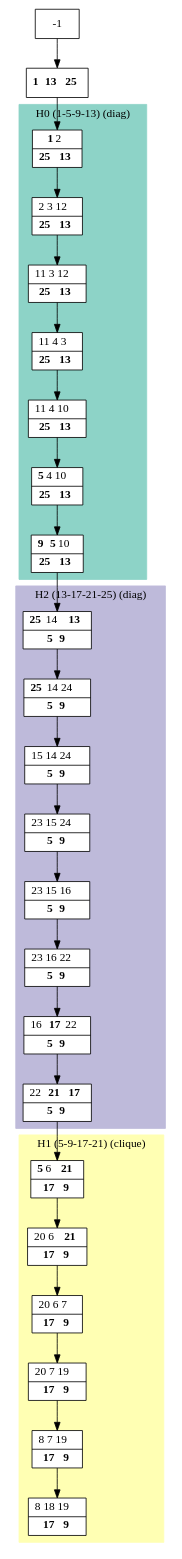
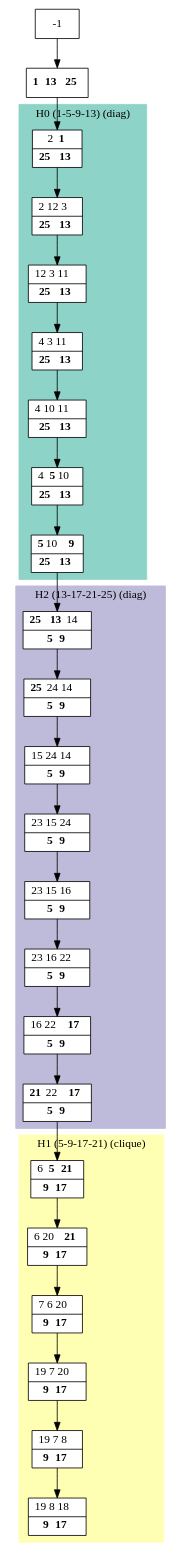
Before and after one commit to bmarchand/auto-dp: the diagram in results/dot_files/processed_K.dot, drawn with Graphviz. The commit also changed 56 other files, not shown here.

```diff
--- a/results/dot_files/processed_K.dot
+++ b/results/dot_files/processed_K.dot
@@ -1,53 +1,53 @@
 digraph G {
     node [shape=box];
     subgraph cluster0 {
         node [style=filled,fillcolor=white];
         labeljust="l";
         style=filled;
         color="#8DD3C7";
         H0_0 -> H0_1 -> H0_3 -> H0_4 -> H0_5 -> H0_6 -> H0_7;
         label="H0 (1-5-9-13) (diag)";
     }
     subgraph cluster1 {
         node [style=filled,fillcolor=white];
         labeljust="l";
         style=filled;
         color="#FFFFB3";
         H1_0 -> H1_1 -> H1_2 -> H1_3 -> H1_4 -> H1_5;
         label="H1 (5-9-17-21) (clique)";
     }
     subgraph cluster2 {
         node [style=filled,fillcolor=white];
         labeljust="l";
         style=filled;
         color="#BEBADA";
         H2_0 -> H2_1 -> H2_2 -> H2_3 -> H2_4 -> H2_5 -> H2_6 -> H2_7;
         label="H2 (13-17-21-25) (diag)";
     }
      1 [shape=record,label= <{ <b>1</b> <b>13</b> <b>25</b>}> ];
      -1  ->  1;
-     H0_0 [shape=record,label= <{ <b>1</b> 2|  <b>25</b> <b>13</b>}> ];
+     H0_0 [shape=record,label= <{ 2 <b>1</b>|  <b>25</b> <b>13</b>}> ];
      1  ->  H0_0;
-     H0_1 [shape=record,label= <{ 2 3 12|  <b>25</b> <b>13</b>}> ];
-     H0_3 [shape=record,label= <{ 11 3 12|  <b>25</b> <b>13</b>}> ];
-     H0_4 [shape=record,label= <{ 11 4 3|  <b>25</b> <b>13</b>}> ];
-     H0_5 [shape=record,label= <{ 11 4 10|  <b>25</b> <b>13</b>}> ];
-     H0_6 [shape=record,label= <{ <b>5</b> 4 10|  <b>25</b> <b>13</b>}> ];
-     H0_7 [shape=record,label= <{ <b>9</b> <b>5</b> 10|  <b>25</b> <b>13</b>}> ];
-     H2_0 [shape=record,label= <{ <b>25</b> 14 <b>13</b>|  <b>5</b> <b>9</b>}> ];
+     H0_1 [shape=record,label= <{ 2 12 3|  <b>25</b> <b>13</b>}> ];
+     H0_3 [shape=record,label= <{ 12 3 11|  <b>25</b> <b>13</b>}> ];
+     H0_4 [shape=record,label= <{ 4 3 11|  <b>25</b> <b>13</b>}> ];
+     H0_5 [shape=record,label= <{ 4 10 11|  <b>25</b> <b>13</b>}> ];
+     H0_6 [shape=record,label= <{ 4 <b>5</b> 10|  <b>25</b> <b>13</b>}> ];
+     H0_7 [shape=record,label= <{ <b>5</b> 10 <b>9</b>|  <b>25</b> <b>13</b>}> ];
+     H2_0 [shape=record,label= <{ <b>25</b> <b>13</b> 14|  <b>5</b> <b>9</b>}> ];
      H0_7  ->  H2_0;
-     H2_1 [shape=record,label= <{ <b>25</b> 14 24|  <b>5</b> <b>9</b>}> ];
-     H2_2 [shape=record,label= <{ 15 14 24|  <b>5</b> <b>9</b>}> ];
+     H2_1 [shape=record,label= <{ <b>25</b> 24 14|  <b>5</b> <b>9</b>}> ];
+     H2_2 [shape=record,label= <{ 15 24 14|  <b>5</b> <b>9</b>}> ];
      H2_3 [shape=record,label= <{ 23 15 24|  <b>5</b> <b>9</b>}> ];
      H2_4 [shape=record,label= <{ 23 15 16|  <b>5</b> <b>9</b>}> ];
      H2_5 [shape=record,label= <{ 23 16 22|  <b>5</b> <b>9</b>}> ];
-     H2_6 [shape=record,label= <{ 16 <b>17</b> 22|  <b>5</b> <b>9</b>}> ];
-     H2_7 [shape=record,label= <{ 22 <b>21</b> <b>17</b>|  <b>5</b> <b>9</b>}> ];
-     H1_0 [shape=record,label= <{ <b>5</b> 6 <b>21</b>|  <b>17</b> <b>9</b>}> ];
+     H2_6 [shape=record,label= <{ 16 22 <b>17</b>|  <b>5</b> <b>9</b>}> ];
+     H2_7 [shape=record,label= <{ <b>21</b> 22 <b>17</b>|  <b>5</b> <b>9</b>}> ];
+     H1_0 [shape=record,label= <{ 6 <b>5</b> <b>21</b>|  <b>9</b> <b>17</b>}> ];
      H2_7  ->  H1_0;
-     H1_1 [shape=record,label= <{ 20 6 <b>21</b>|  <b>17</b> <b>9</b>}> ];
-     H1_2 [shape=record,label= <{ 20 6 7|  <b>17</b> <b>9</b>}> ];
-     H1_3 [shape=record,label= <{ 20 7 19|  <b>17</b> <b>9</b>}> ];
-     H1_4 [shape=record,label= <{ 8 7 19|  <b>17</b> <b>9</b>}> ];
-     H1_5 [shape=record,label= <{ 8 18 19|  <b>17</b> <b>9</b>}> ];
+     H1_1 [shape=record,label= <{ 6 20 <b>21</b>|  <b>9</b> <b>17</b>}> ];
+     H1_2 [shape=record,label= <{ 7 6 20|  <b>9</b> <b>17</b>}> ];
+     H1_3 [shape=record,label= <{ 19 7 20|  <b>9</b> <b>17</b>}> ];
+     H1_4 [shape=record,label= <{ 19 7 8|  <b>9</b> <b>17</b>}> ];
+     H1_5 [shape=record,label= <{ 19 8 18|  <b>9</b> <b>17</b>}> ];
 }
```
